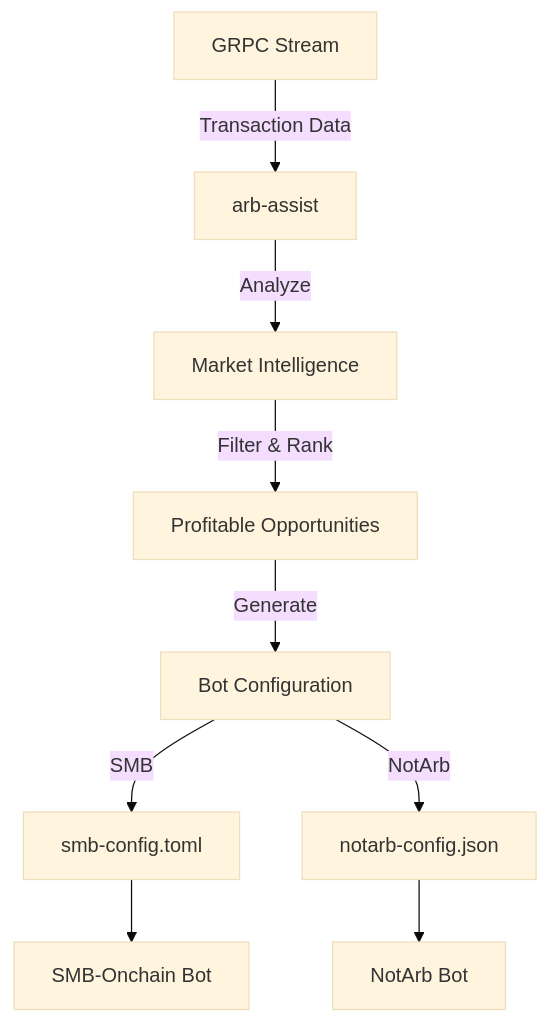
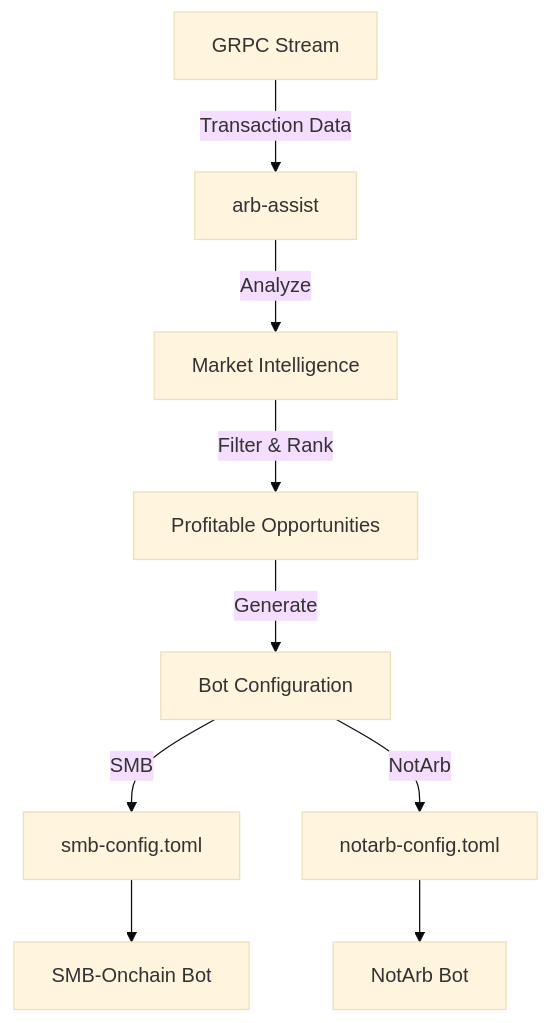
Before and after one commit to capicua4454/arb-assist: the diagram in docs/introduction/overview.md, drawn with Mermaid (base theme). The commit also changed 7 other files, not shown here.

Commit message:
fixed all occurrences of notarb-config.json to notarb-config.toml throughout the documentation

````diff
--- a/docs/introduction/overview.md
+++ b/docs/introduction/overview.md
@@ -30,11 +30,11 @@
 ```mermaid
 graph TD
     A[GRPC Stream] -->|Transaction Data| B[arb-assist]
     B -->|Analyze| C[Market Intelligence]
     C -->|Filter & Rank| D[Profitable Opportunities]
     D -->|Generate| E[Bot Configuration]
     E -->|SMB| F[smb-config.toml]
-    E -->|NotArb| G[notarb-config.json]
+    E -->|NotArb| G[notarb-config.toml]
     F --> H[SMB-Onchain Bot]
     G --> I[NotArb Bot]
 ```
````
